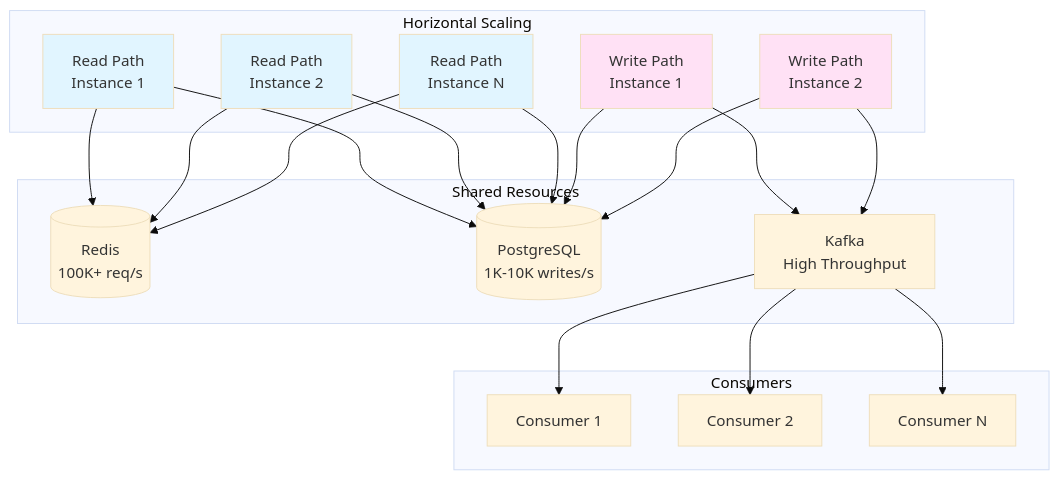
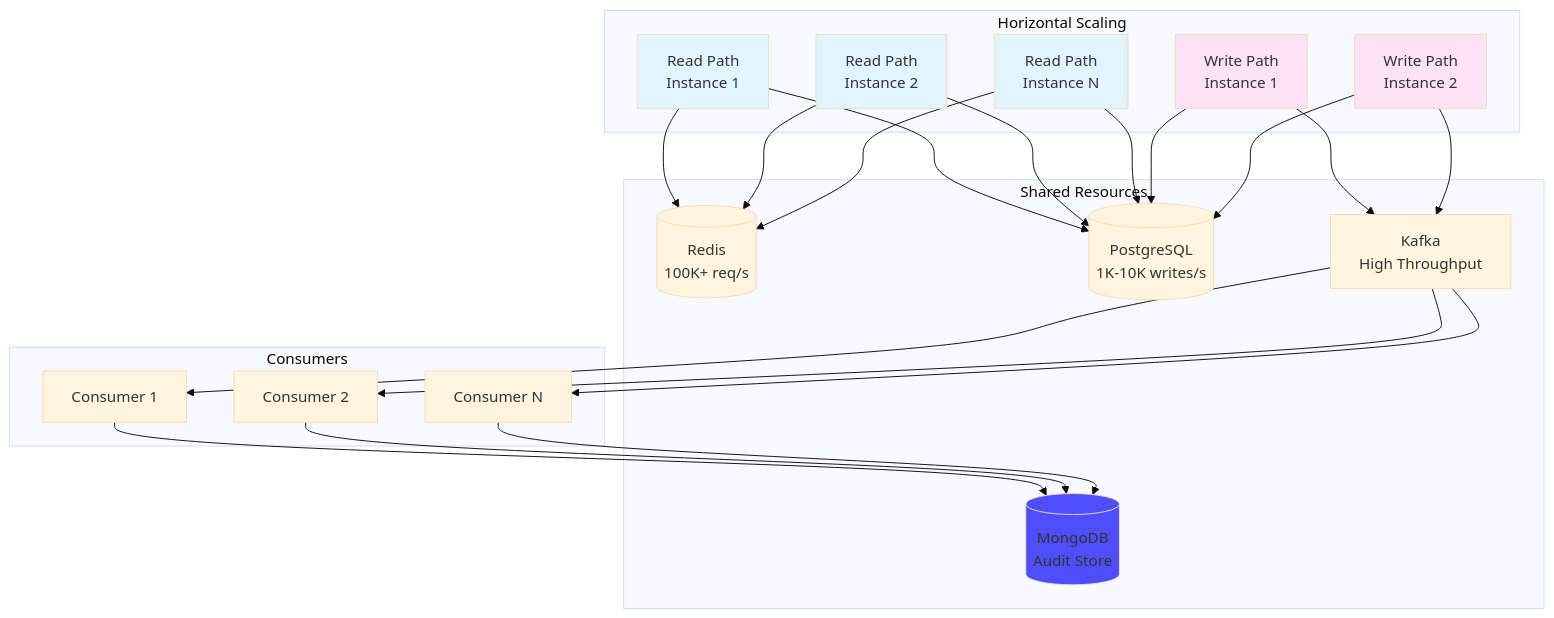
One commit to iamtahmad1/traffic-manager changed the ninth of 13 diagrams in architecture/diagrams.md. Above: the diagram before and after it, drawn with Mermaid (base theme). The commit also changed other lines of this file and 16 other files, not shown here.

````diff
--- a/architecture/diagrams.md
+++ b/architecture/diagrams.md
@@ -334,45 +343,51 @@
 ```mermaid
 graph TB
     subgraph "Horizontal Scaling"
         RP1[Read Path<br/>Instance 1]
         RP2[Read Path<br/>Instance 2]
         RP3[Read Path<br/>Instance N]
         
         WP1[Write Path<br/>Instance 1]
         WP2[Write Path<br/>Instance 2]
     end
     
     subgraph "Shared Resources"
         RD[(Redis<br/>100K+ req/s)]
         DB[(PostgreSQL<br/>1K-10K writes/s)]
+        MD[(MongoDB<br/>Audit Store)]
         KF[Kafka<br/>High Throughput]
     end
     
     subgraph "Consumers"
         C1[Consumer 1]
         C2[Consumer 2]
         C3[Consumer N]
     end
     
     RP1 --> RD
     RP2 --> RD
     RP3 --> RD
     RP1 --> DB
     RP2 --> DB
     RP3 --> DB
     
     WP1 --> DB
     WP2 --> DB
     WP1 --> KF
     WP2 --> KF
     
     KF --> C1
     KF --> C2
     KF --> C3
     
+    C1 --> MD
+    C2 --> MD
+    C3 --> MD
+    
     style RP1 fill:#e1f5ff
     style RP2 fill:#e1f5ff
     style RP3 fill:#e1f5ff
     style WP1 fill:#ffe1f5
     style WP2 fill:#ffe1f5
+    style MD fill:#4e4eff
 ```
````
